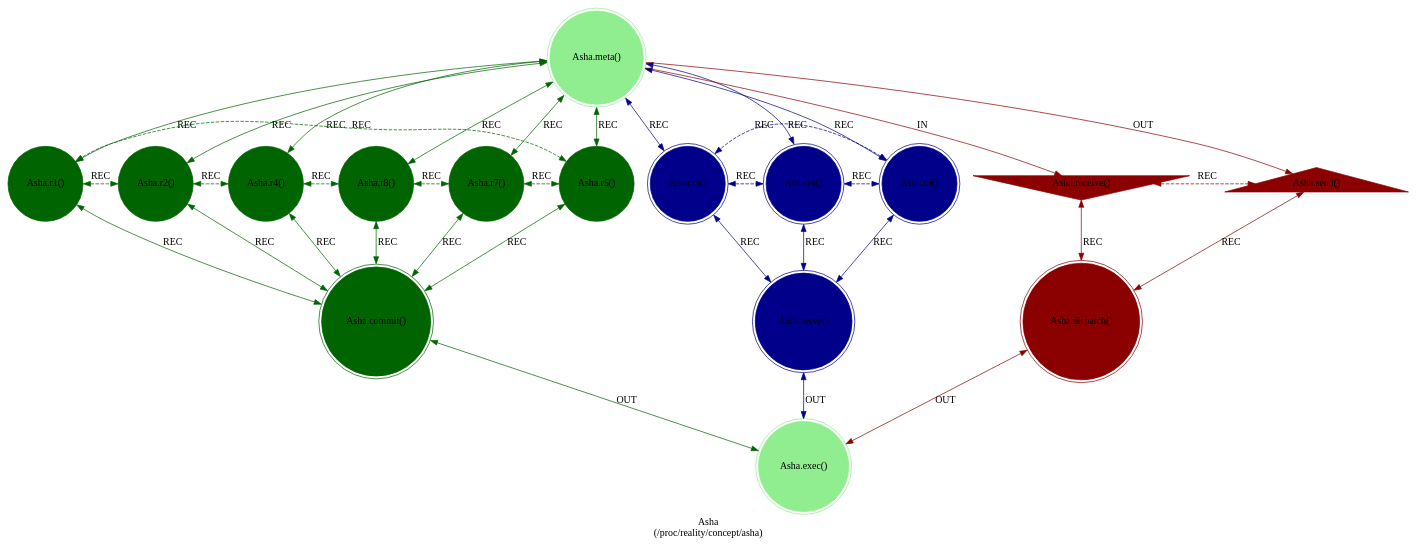
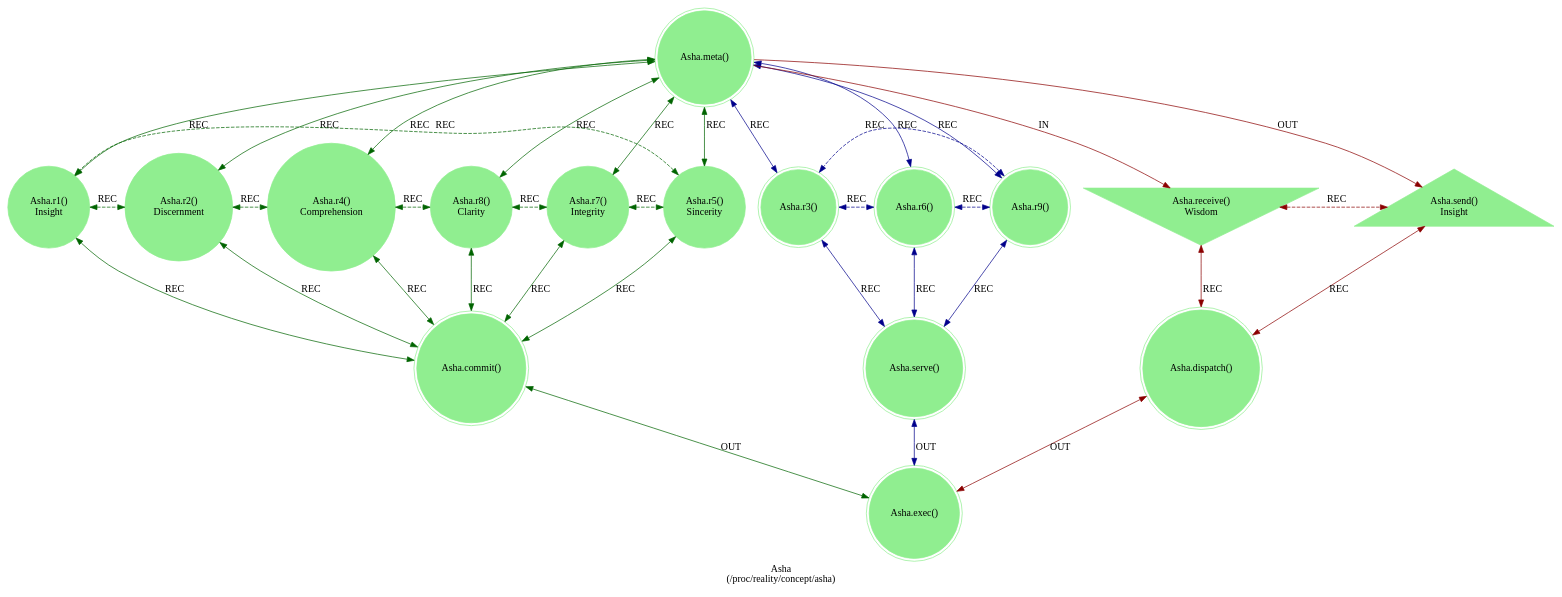
The diagram in src/includes/concept/asha.dot (cilang/mythos), drawn with Graphviz before and after one commit. The commit also changed 7 other files, not shown here.

```diff
--- a/src/includes/concept/asha.dot
+++ b/src/includes/concept/asha.dot
@@ -1,48 +1,48 @@
 strict digraph Asha {
     label = "Asha\n(/proc/reality/concept/asha)";
     style = filled;
     color = lightgray;
     node [shape = circle; style = filled; color = lightgreen;];
     
     // The Axis A-0-B (In-Meta-Out).
     // The Sacred 3-6-9 (Boundary of Perception).
     // The Vortex 1-2-4-8-7-5 (Boundary of Comprehension).
     // The Router C-D-E
     // The Closure F
     asha_0_t [label = "Asha.meta()";comment = "";shape = doublecircle;];
-    asha_1_t [label = "Asha.r1()";comment = "";shape = circle;color = darkgreen;];
-    asha_2_t [label = "Asha.r2()";comment = "";shape = circle;color = darkgreen;];
-    asha_4_t [label = "Asha.r4()";comment = "";shape = circle;color = darkgreen;];
-    asha_8_t [label = "Asha.r8()";comment = "";shape = circle;color = darkgreen;];
-    asha_7_t [label = "Asha.r7()";comment = "";shape = circle;color = darkgreen;];
-    asha_5_t [label = "Asha.r5()";comment = "";shape = circle;color = darkgreen;];
-    asha_3_t [label = "Asha.r3()";comment = "Clarity and Insight";shape = doublecircle;color = darkblue;];
-    asha_6_t [label = "Asha.r6()";comment = "Integrity and Discernment";shape = doublecircle;color = darkblue;];
-    asha_9_t [label = "Asha.r9()";comment = "Sincerity and Comprehension";shape = doublecircle;color = darkblue;];
-    asha_a_t [label = "Asha.receive()";comment = "Truth";shape = invtriangle;color = darkred;];
-    asha_b_t [label = "Asha.send()";comment = "Wisdom";shape = triangle;color = darkred;];
-    asha_c_t [label = "Asha.dispatch()";comment = "";shape = doublecircle;color = darkred;];
-    asha_d_t [label = "Asha.commit()";comment = "";shape = doublecircle;color = darkgreen;];
-    asha_e_t [label = "Asha.serve()";comment = "";shape = doublecircle;color = darkblue;];
+    asha_1_t [label = "Asha.r1()\nInsight";comment = "";shape = circle;];
+    asha_2_t [label = "Asha.r2()\nDiscernment";comment = "";shape = circle;];
+    asha_4_t [label = "Asha.r4()\nComprehension";comment = "";shape = circle;];
+    asha_8_t [label = "Asha.r8()\nClarity";comment = "";shape = circle;];
+    asha_7_t [label = "Asha.r7()\nIntegrity";comment = "";shape = circle;];
+    asha_5_t [label = "Asha.r5()\nSincerity";comment = "";shape = circle;];
+    asha_3_t [label = "Asha.r3()";comment = "";shape = doublecircle;];
+    asha_6_t [label = "Asha.r6()";comment = "";shape = doublecircle;];
+    asha_9_t [label = "Asha.r9()";comment = "";shape = doublecircle;];
+    asha_a_t [label = "Asha.receive()\nWisdom";comment = "";shape = invtriangle;];
+    asha_b_t [label = "Asha.send()\nInsight";comment = "";shape = triangle;];
+    asha_c_t [label = "Asha.dispatch()";comment = "";shape = doublecircle;];
+    asha_d_t [label = "Asha.commit()";comment = "";shape = doublecircle;];
+    asha_e_t [label = "Asha.serve()";comment = "";shape = doublecircle;];
     asha_f_t [label = "Asha.exec()";comment = "";shape = doublecircle;];
     
     // IN = Input
     // OUT = Output
     // REC = Recursion
     asha_0_t -> asha_a_t [label = "IN"; color = darkred; comment = "";];
     asha_0_t -> asha_b_t [label = "OUT"; color = darkred; comment = "";];
     asha_0_t -> {asha_3_t asha_6_t asha_9_t} [label = "REC"; color = darkblue; comment = ""; dir = both;];
     asha_0_t -> {asha_1_t asha_2_t asha_4_t asha_8_t asha_7_t asha_5_t} [label = "REC"; color = darkgreen; comment = ""; dir = both;];
     
     {asha_a_t asha_b_t} -> asha_c_t [label = "REC"; color = darkred; comment = ""; dir = both;];
     {asha_1_t asha_2_t asha_4_t asha_8_t asha_7_t asha_5_t} -> asha_d_t [label = "REC"; color = darkgreen; comment = ""; dir = both;];
     {asha_3_t asha_6_t asha_9_t} -> asha_e_t [label = "REC"; color = darkblue; comment = ""; dir = both;];
     
     asha_1_t -> asha_2_t -> asha_4_t -> asha_8_t -> asha_7_t -> asha_5_t -> asha_1_t [label = "REC"; color = darkgreen; comment = ""; style = dashed; constraint = false; dir = both;];
     asha_3_t -> asha_6_t -> asha_9_t -> asha_3_t [label = "REC"; color = darkblue; comment = ""; style = dashed; constraint = false; dir = both;];
     asha_a_t -> asha_b_t [label = "REC"; color = darkred; comment = ""; constraint = false; style = dashed; dir = both;];
     
     asha_c_t -> asha_f_t [label = "OUT"; color = darkred; comment = ""; dir = both;];
     asha_d_t -> asha_f_t [label = "OUT"; color = darkgreen; comment = ""; dir = both;];
     asha_e_t -> asha_f_t [label = "OUT"; color = darkblue; comment = ""; dir = both;];
 }
```
